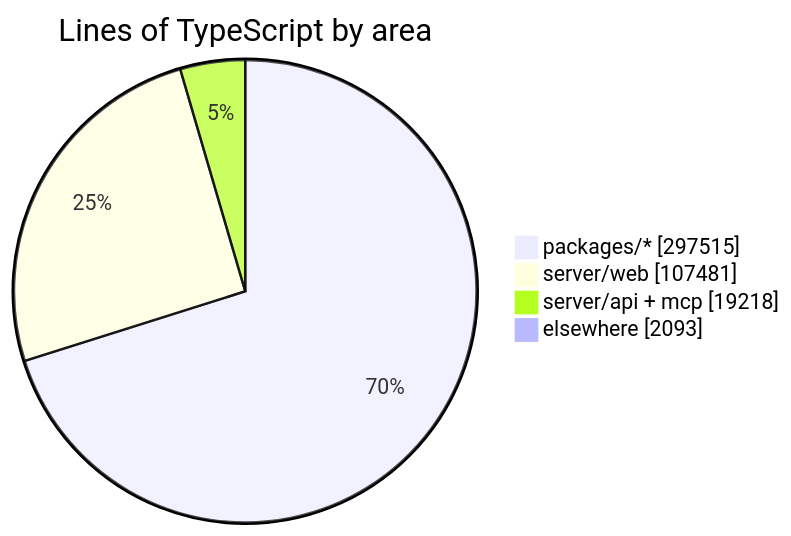
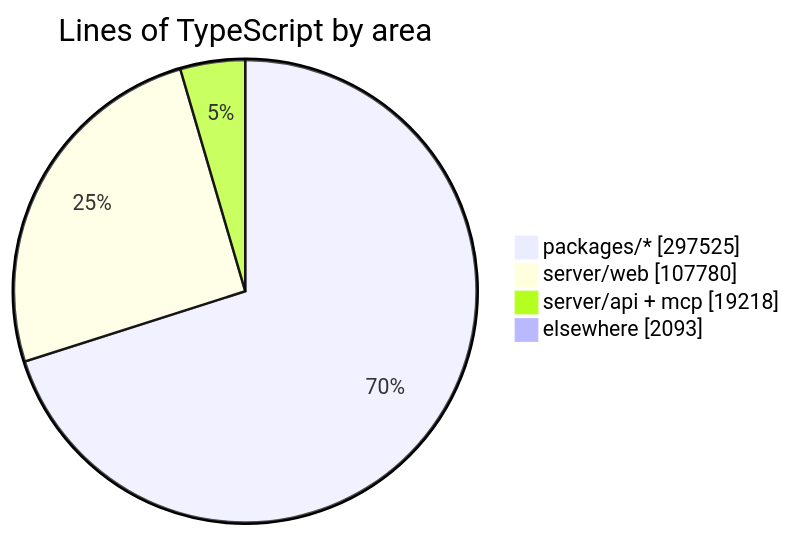
One commit to crossworks-engineering/mantle changed the diagram in README.md. Above: the diagram before and after it, drawn with Mermaid. The commit also changed other lines of this file and 2 other files, not shown here.

````diff
--- a/README.md
+++ b/README.md
@@ -294,7 +294,7 @@
 ```mermaid
 pie showData title Lines of TypeScript by area
-    "packages/*" : 297515
-    "server/web" : 107481
+    "packages/*" : 297525
+    "server/web" : 107780
     "server/api + mcp" : 19218
     "elsewhere" : 2093
 ```
````
